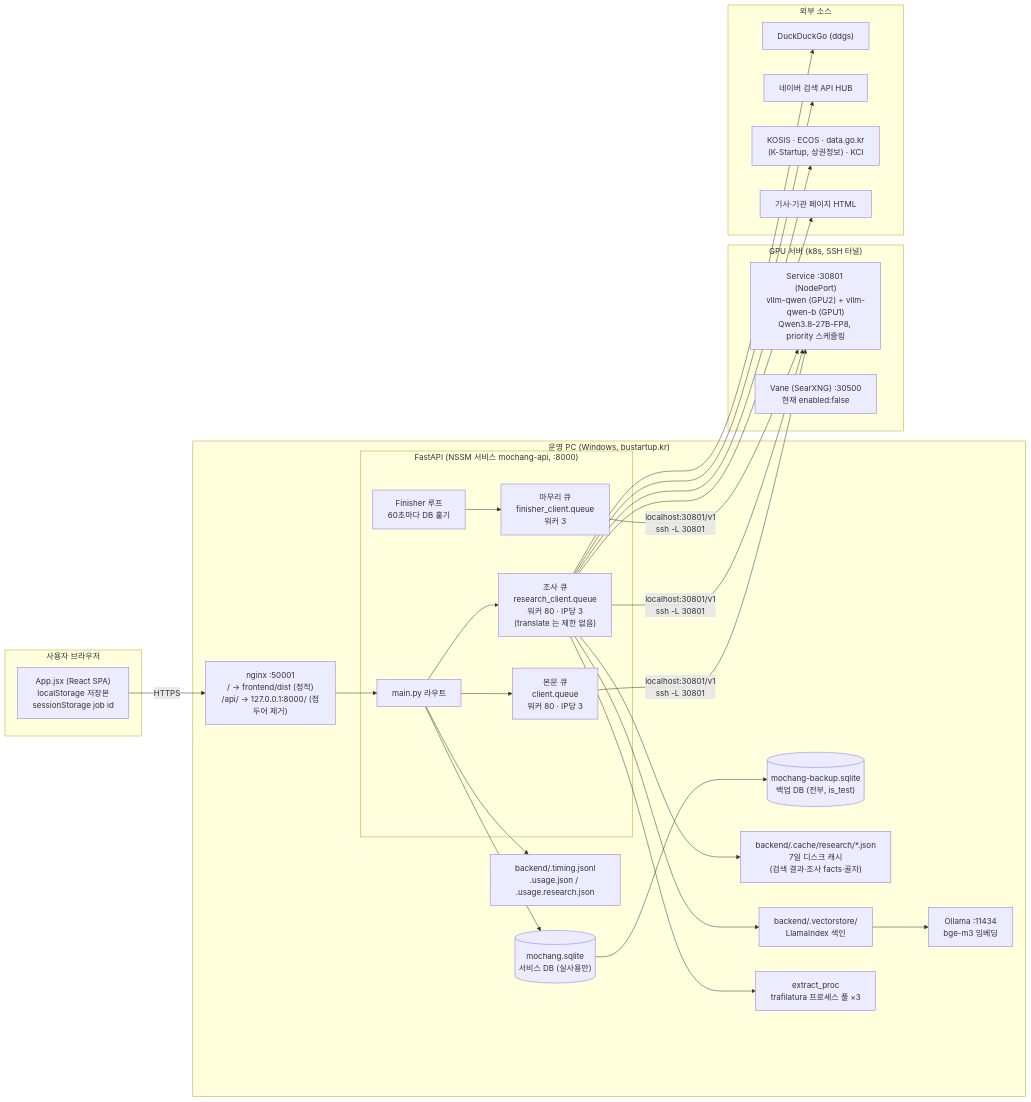
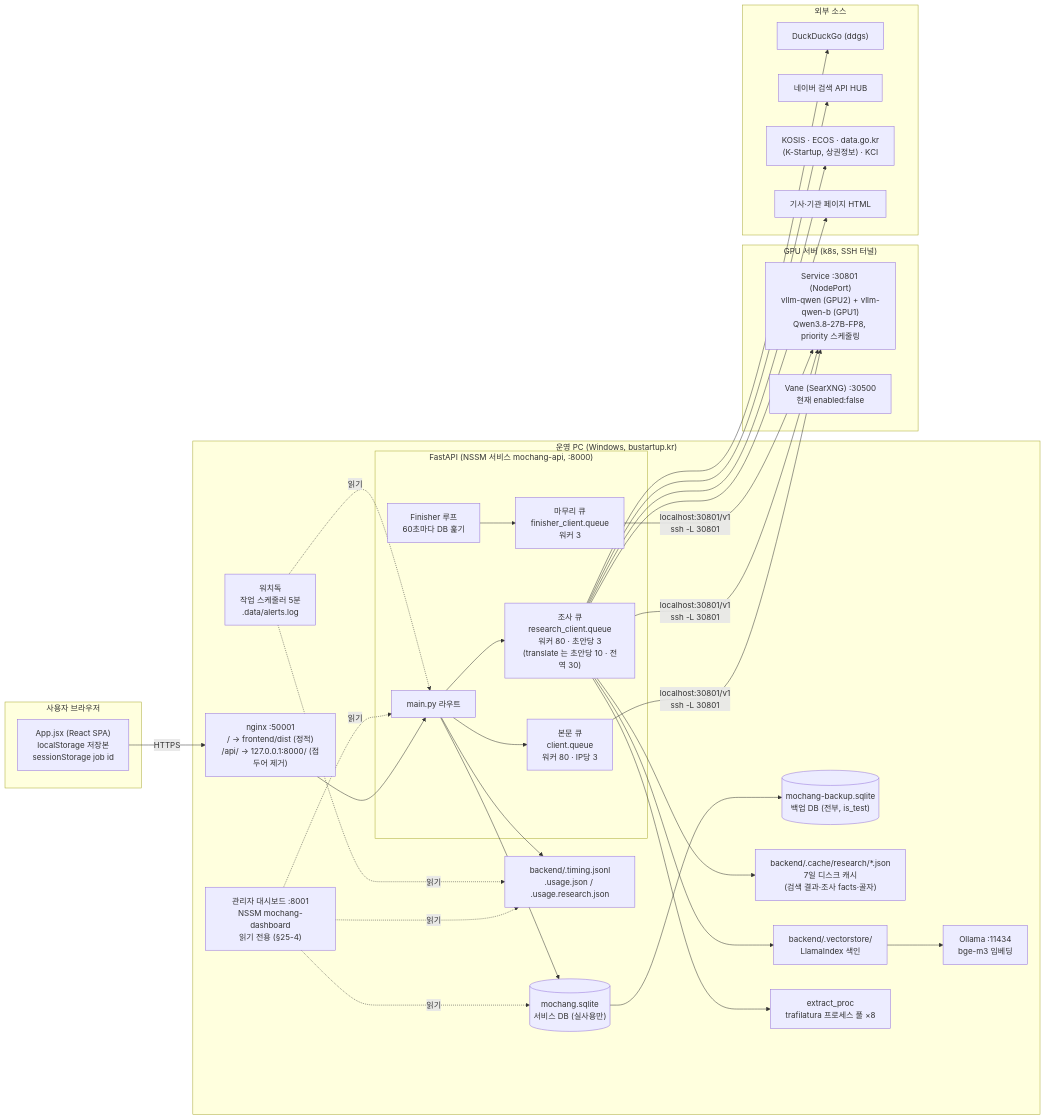
One commit to tmdrb0130/mochang-bot changed the first of 5 diagrams in docs/SYSTEM_ARCHITECTURE.md. Above: the diagram before and after it, drawn with Mermaid. The commit also changed other lines of this file, not shown here.

First line of the commit message:
SYSTEM_ARCHITECTURE.md 를 현재 코드 기준으로 갱신 (09-04 → 09-07) + §25 신설

````diff
--- a/docs/SYSTEM_ARCHITECTURE.md
+++ b/docs/SYSTEM_ARCHITECTURE.md
@@ -91,46 +93,50 @@
 ```mermaid
 flowchart LR
   subgraph Browser["사용자 브라우저"]
     APP["App.jsx (React SPA)<br/>localStorage 저장본<br/>sessionStorage job id"]
   end
 
   subgraph PC["운영 PC (Windows, bustartup.kr)"]
     NGINX["nginx :50001<br/>/ → frontend/dist (정적)<br/>/api/ → 127.0.0.1:8000/ (접두어 제거)"]
     subgraph API["FastAPI (NSSM 서비스 mochang-api, :8000)"]
       MAIN["main.py 라우트"]
       QG["본문 큐<br/>client.queue<br/>워커 80 · IP당 3"]
-      QR["조사 큐<br/>research_client.queue<br/>워커 80 · IP당 3<br/>(translate 는 제한 없음)"]
+      QR["조사 큐<br/>research_client.queue<br/>워커 80 · 초안당 3<br/>(translate 는 초안당 10 · 전역 30)"]
       QF["마무리 큐<br/>finisher_client.queue<br/>워커 3"]
       FIN["Finisher 루프<br/>60초마다 DB 훑기"]
     end
     SQL1[("mochang.sqlite<br/>서비스 DB (실사용만)")]
     SQL2[("mochang-backup.sqlite<br/>백업 DB (전부, is_test)")]
     CACHE["backend/.cache/research/*.json<br/>7일 디스크 캐시<br/>(검색 결과·조사 facts·골자)"]
     VEC["backend/.vectorstore/<br/>LlamaIndex 색인"]
     LOGS["backend/.timing.jsonl<br/>.usage.json / .usage.research.json"]
     OLLAMA["Ollama :11434<br/>bge-m3 임베딩"]
-    EXT["extract_proc<br/>trafilatura 프로세스 풀 ×3"]
+    EXT["extract_proc<br/>trafilatura 프로세스 풀 ×8"]
+    DASH["관리자 대시보드 :8001<br/>NSSM mochang-dashboard<br/>읽기 전용 (§25-4)"]
+    WD["워치독<br/>작업 스케줄러 5분<br/>.data/alerts.log"]
   end
 
   subgraph GPU["GPU 서버 (k8s, SSH 터널)"]
     VLLM["Service :30801 (NodePort)<br/>vllm-qwen (GPU2) + vllm-qwen-b (GPU1)<br/>Qwen3.8-27B-FP8, priority 스케줄링"]
     VANE["Vane (SearXNG) :30500<br/>현재 enabled:false"]
   end
 
   subgraph WEB["외부 소스"]
     DDG["DuckDuckGo (ddgs)"]
     NAVER["네이버 검색 API HUB"]
     OPEN["KOSIS · ECOS · data.go.kr<br/>(K-Startup, 상권정보) · KCI"]
     PAGES["기사·기관 페이지 HTML"]
   end
 
   APP -->|HTTPS| NGINX --> MAIN
   MAIN --> QG & QR
   FIN --> QF
   QG & QR & QF -->|"localhost:30801/v1<br/>ssh -L 30801"| VLLM
   MAIN --> SQL1 --> SQL2
   QR --> CACHE & VEC & EXT
   VEC --> OLLAMA
   QR --> DDG & NAVER & OPEN & PAGES
   MAIN --> LOGS
+  DASH -.읽기.-> SQL1 & LOGS & MAIN
+  WD -.읽기.-> MAIN & LOGS
 ```
````
